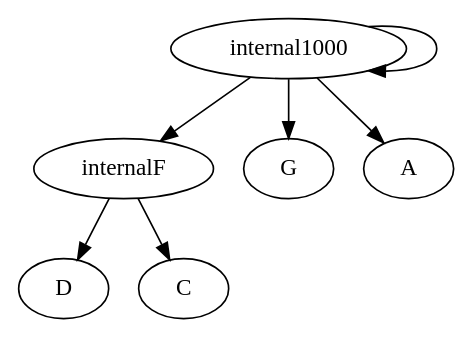
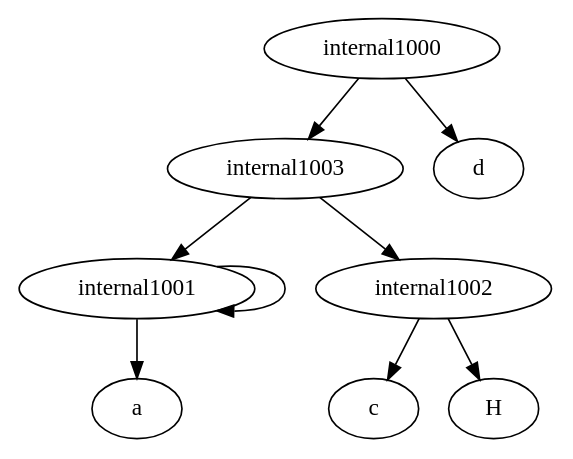
Before and after one commit to iharnoor/PhylogeneticsWebsite: the diagram in ParsingTxt/Launcher/upload.dot, drawn with Graphviz. The commit also changed 8 other files, not shown here.

```diff
--- a/ParsingTxt/Launcher/upload.dot
+++ b/ParsingTxt/Launcher/upload.dot
@@ -1,8 +1,11 @@
 strict digraph G1 {
-internalF -> D
-internalF -> C
-internal1000 -> G
-internal1000 -> A
-internal1000 -> internal1000
-internal1000 -> internalF
+#H -> b
+internal1001 -> #H
+internal1001 -> a
+internal1002 -> c
+internal1002 -> H#
+internal1003 -> internal1002
+internal1003 -> internal1001
+internal1000 -> d
+internal1000 -> internal1003
 }
```
